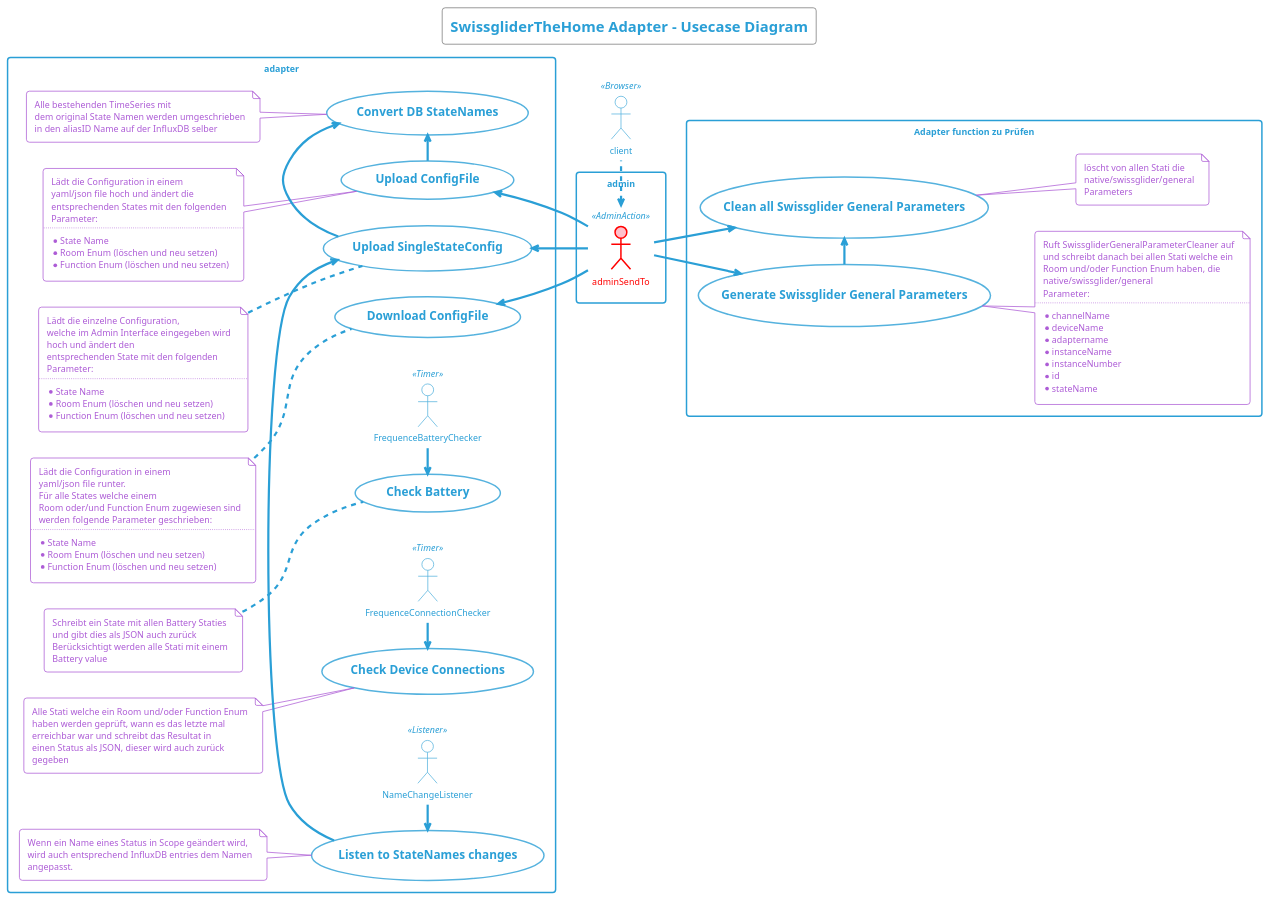
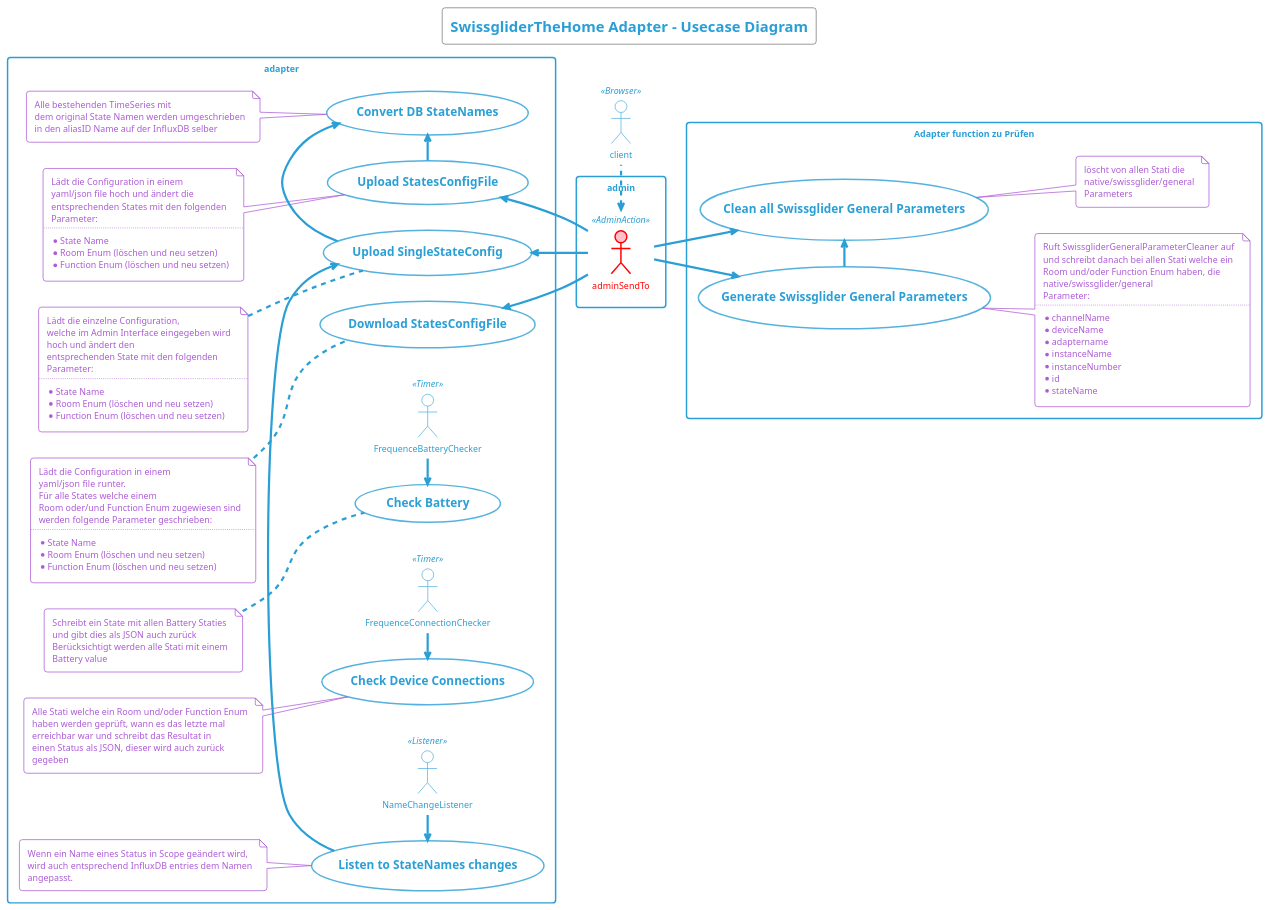
One commit to swissglider/iobroker.thehome changed the diagram in docu/plantuml/server/SwissgliderTheHome - Usecase Diagram.iuml. Above: the diagram before and after it, drawn with PlantUML. The commit also changed 42 other files, not shown here.

Commit message:
Upload / Download ConfigFile / SingleStateConfig Upload UseCase Implemented

```diff
--- a/docu/plantuml/server/SwissgliderTheHome - Usecase Diagram.iuml
+++ b/docu/plantuml/server/SwissgliderTheHome - Usecase Diagram.iuml
@@ -1,122 +1,122 @@
 @startuml
 !theme cyborg-outline
 
 title
     SwissgliderTheHome Adapter - Usecase Diagram
 end title
 
 actor client << Browser >>
 rectangle admin {
     actor adminSendTo << AdminAction >> #pink;line:red;line.bold;text:red
 }
 
 rectangle adapter {
     actor FrequenceBatteryChecker << Timer >>
     actor FrequenceConnectionChecker << Timer >>
     actor NameChangeListener << Listener >>
-    usecase ConfigUploader as "=Upload ConfigFile"
+    usecase ConfigUploader as "=Upload StatesConfigFile"
         note top
             Lädt die Configuration in einem 
             yaml/json file hoch und ändert die
             entsprechenden States mit den folgenden
             Parameter:
             ..
             * State Name
             * Room Enum (löschen und neu setzen)
             * Function Enum (löschen und neu setzen)
         end note
     usecase SingleUploader as "=Upload SingleStateConfig"
         note top
             Lädt die einzelne Configuration, 
             welche im Admin Interface eingegeben wird 
             hoch und ändert den
             entsprechenden State mit den folgenden
             Parameter:
             ..
             * State Name
             * Room Enum (löschen und neu setzen)
             * Function Enum (löschen und neu setzen)
         end note
-    usecase ConfigDownloader as "=Download ConfigFile"
+    usecase ConfigDownloader as "=Download StatesConfigFile"
         note top
             Lädt die Configuration in einem 
             yaml/json file runter. 
             Für alle States welche einem 
             Room oder/und Function Enum zugewiesen sind
             werden folgende Parameter geschrieben:
             ..
             * State Name
             * Room Enum (löschen und neu setzen)
             * Function Enum (löschen und neu setzen)
         end note
     usecase InfluxDBConverter as "=Convert DB StateNames"
         note top
             Alle bestehenden TimeSeries mit
             dem original State Namen werden umgeschrieben
             in den aliasID Name auf der InfluxDB selber
         end note
     usecase BatteryChecker as "=Check Battery"
         note top
             Schreibt ein State mit allen Battery Staties
             und gibt dies als JSON auch zurück
             Berücksichtigt werden alle Stati mit einem
             Battery value
         end note
     usecase ConnectionChecker as "=Check Device Connections"
         note top
             Alle Stati welche ein Room und/oder Function Enum
             haben werden geprüft, wann es das letzte mal
             erreichbar war und schreibt das Resultat in
             einen Status als JSON, dieser wird auch zurück
             gegeben
         end note
     usecase NameChangePreWorker as "=Listen to StateNames changes"
         note top
             Wenn ein Name eines Status in Scope geändert wird, 
             wird auch entsprechend InfluxDB entries dem Namen
             angepasst.
         end note
 }
 rectangle adapter1 as "Adapter function zu Prüfen" {
     usecase SwissgliderGeneralParameterGenerator as "=Generate Swissglider General Parameters"
         note bottom
             Ruft SwissgliderGeneralParameterCleaner auf
             und schreibt danach bei allen Stati welche ein 
             Room und/oder Function Enum haben, die
             native/swissglider/general
             Parameter:
             ..
             * channelName
             * deviceName
             * adaptername
             * instanceName
             * instanceNumber
             * id
             * stateName
         end note
     usecase SwissgliderGeneralParameterCleaner as "=Clean all Swissglider General Parameters"
         note bottom
             löscht von allen Stati die 
             native/swissglider/general
             Parameters
         end note
 }
 
 left to right direction
 client -left..> adminSendTo
 adminSendTo -up-> ConfigUploader
 adminSendTo -up-> SingleUploader
 adminSendTo -up-> ConfigDownloader
 adminSendTo -down-> SwissgliderGeneralParameterGenerator
 adminSendTo -down-> SwissgliderGeneralParameterCleaner
 SwissgliderGeneralParameterGenerator -> SwissgliderGeneralParameterCleaner
 
 ConfigUploader -> InfluxDBConverter
 SingleUploader -> InfluxDBConverter
 NameChangePreWorker -> SingleUploader
 
 FrequenceBatteryChecker -left-> BatteryChecker
 FrequenceConnectionChecker -left-> ConnectionChecker
 NameChangeListener -left-> NameChangePreWorker
 
 @enduml
```
